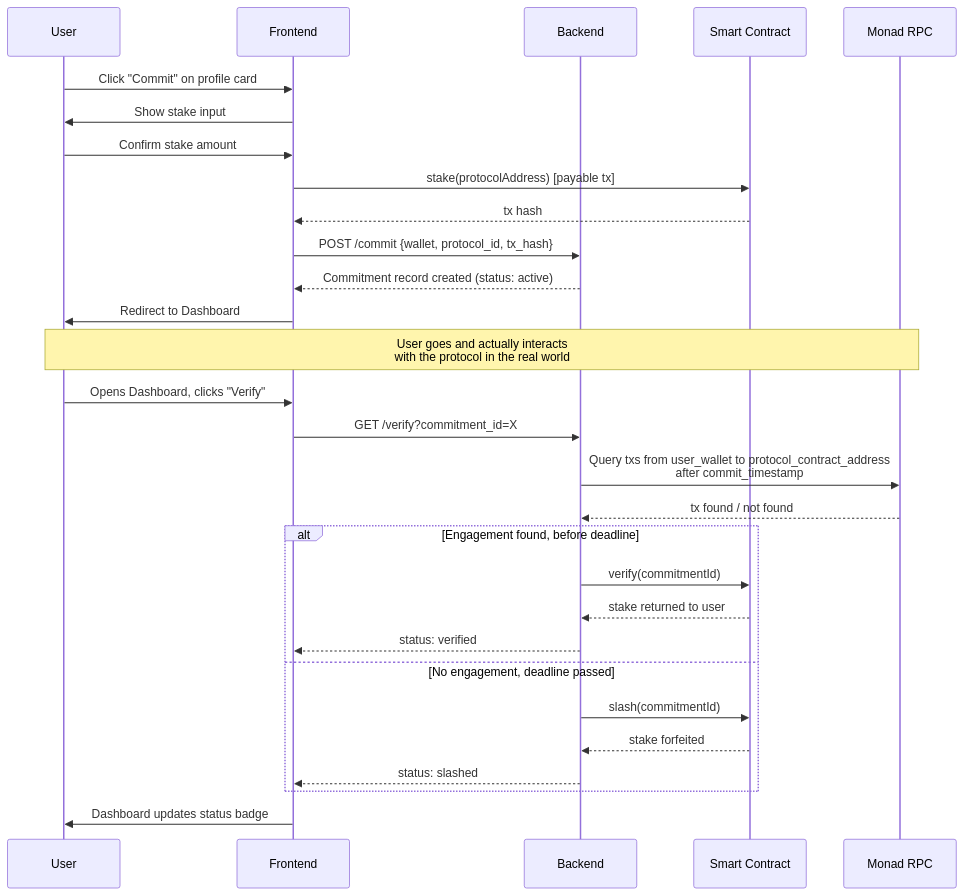
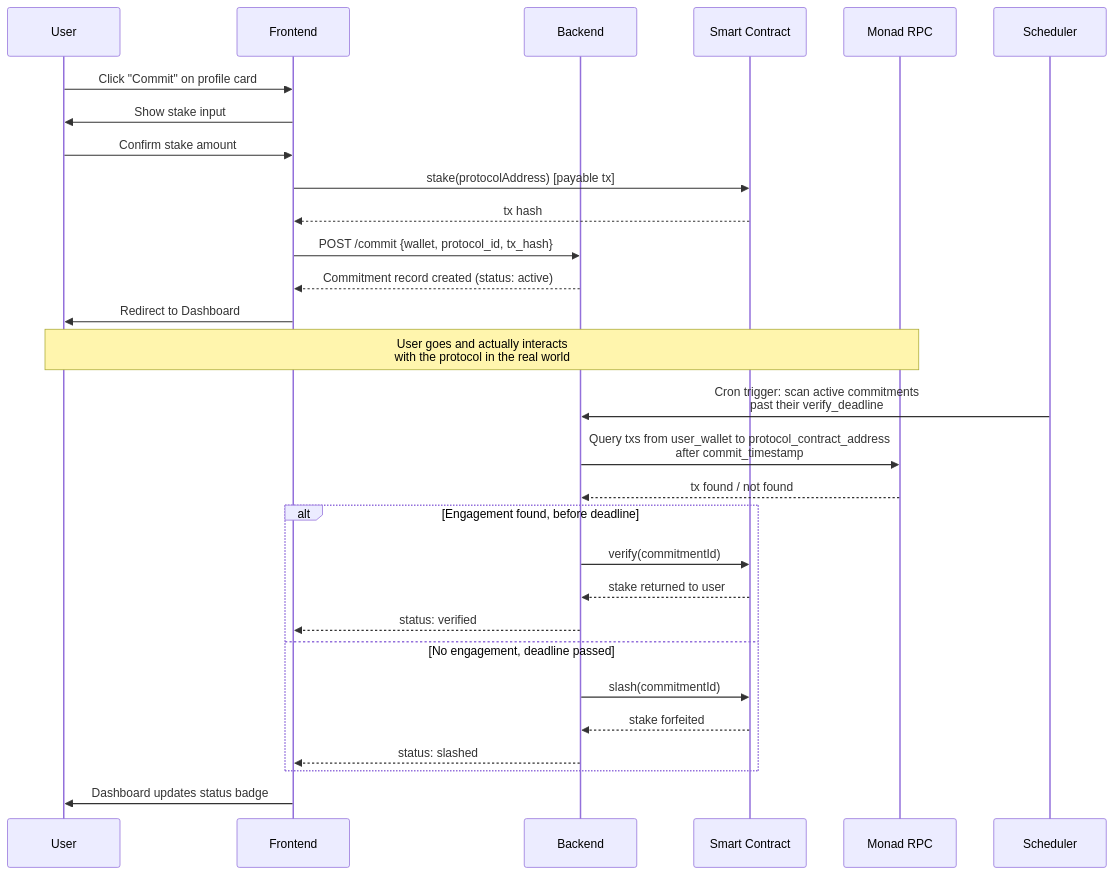
The second of 2 diagrams in Architecture.MD (tobiawolaju/KYP), drawn with Mermaid before and after one commit. The commit also changed other lines of this file and 1 other file, not shown here.

Commit message:
Update README and architecture docs to match current stack and scheduled resolution

````diff
--- a/Architecture.MD
+++ b/Architecture.MD
@@ -93,34 +112,34 @@
 ```mermaid
 sequenceDiagram
     participant U as User
     participant F as Frontend
     participant B as Backend
     participant C as Smart Contract
     participant RPC as Monad RPC
+    participant Sched as Scheduler
 
     U->>F: Click "Commit" on profile card
     F->>U: Show stake input
     U->>F: Confirm stake amount
     F->>C: stake(protocolAddress) [payable tx]
     C-->>F: tx hash
     F->>B: POST /commit {wallet, protocol_id, tx_hash}
     B-->>F: Commitment record created (status: active)
     F->>U: Redirect to Dashboard
 
     Note over U,RPC: User goes and actually interacts<br/>with the protocol in the real world
 
-    U->>F: Opens Dashboard, clicks "Verify"
-    F->>B: GET /verify?commitment_id=X
+    Sched->>B: Cron trigger: scan active commitments<br/>past their verify_deadline
     B->>RPC: Query txs from user_wallet to protocol_contract_address<br/>after commit_timestamp
     RPC-->>B: tx found / not found
     alt Engagement found, before deadline
         B->>C: verify(commitmentId)
         C-->>B: stake returned to user
         B-->>F: status: verified
     else No engagement, deadline passed
         B->>C: slash(commitmentId)
         C-->>B: stake forfeited
         B-->>F: status: slashed
     end
     F->>U: Dashboard updates status badge
 ```
````
